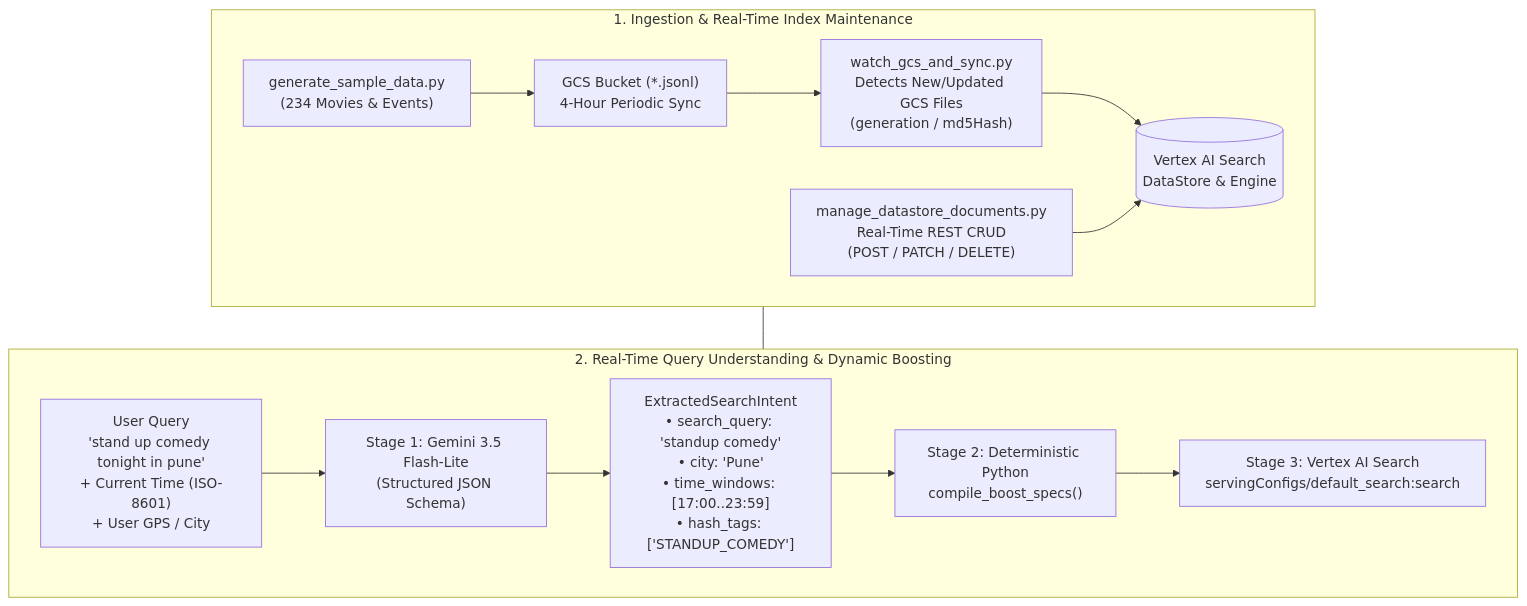
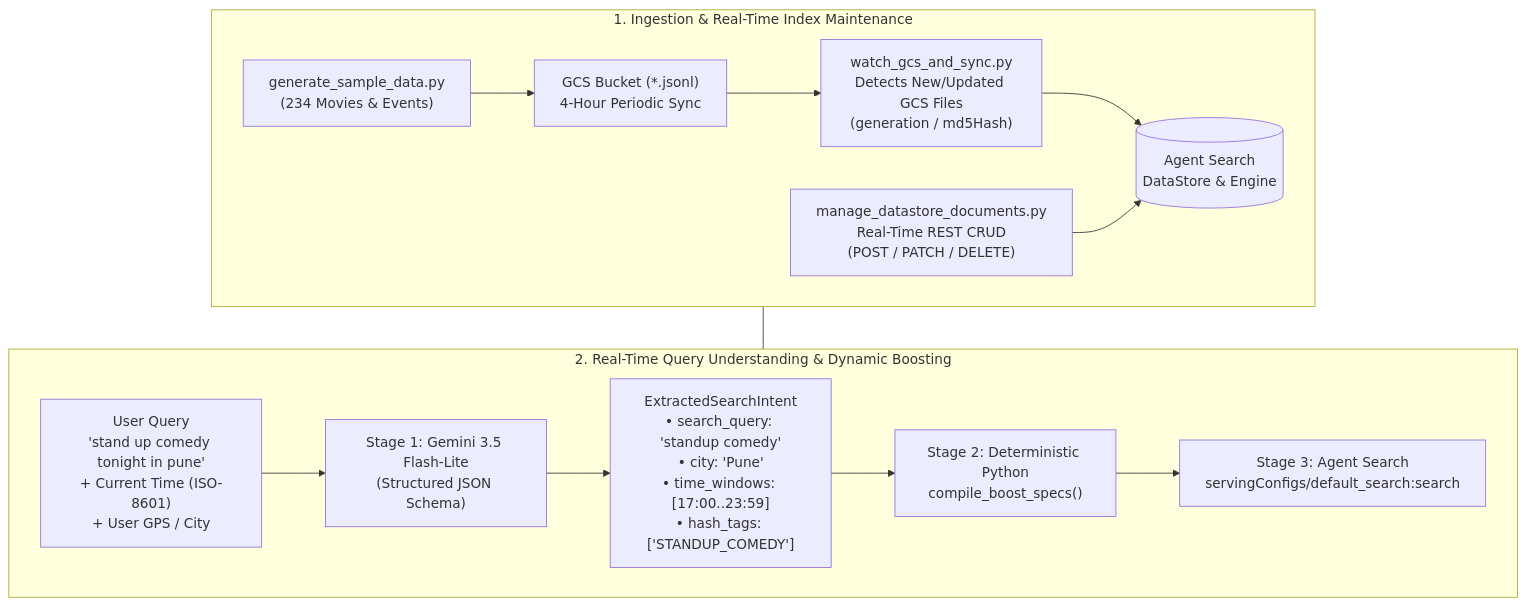
Before and after one commit to aksstar/Agent-Search: the diagram in README.md, drawn with Mermaid. The commit also changed other lines of this file and 8 other files, not shown here.

Commit message:
Rename Vertex AI Search references to Agent Search across docs and scripts

````diff
--- a/README.md
+++ b/README.md
@@ -48,20 +48,20 @@
 ```mermaid
 flowchart TB
     subgraph Ingestion["1. Ingestion & Real-Time Index Maintenance"]
         direction LR
         GEN["generate_sample_data.py\n(234 Movies & Events)"] --> JSONL["GCS Bucket (*.jsonl)\n4-Hour Periodic Sync"]
         JSONL --> WATCH["watch_gcs_and_sync.py\nDetects New/Updated GCS Files\n(generation / md5Hash)"]
-        WATCH --> DS[("Vertex AI Search\nDataStore & Engine")]
+        WATCH --> DS[("Agent Search\nDataStore & Engine")]
         CRUD["manage_datastore_documents.py\nReal-Time REST CRUD\n(POST / PATCH / DELETE)"] --> DS
     end
 
     subgraph QueryPlane["2. Real-Time Query Understanding & Dynamic Boosting"]
         direction LR
         UQ["User Query\n'stand up comedy tonight in pune'\n+ Current Time (ISO-8601)\n+ User GPS / City"] --> LLM["Stage 1: Gemini 3.5 Flash-Lite\n(Structured JSON Schema)"]
         LLM --> INTENT["ExtractedSearchIntent\n• search_query: 'standup comedy'\n• city: 'Pune'\n• time_windows: [17:00..23:59]\n• hash_tags: ['STANDUP_COMEDY']"]
         INTENT --> COMP["Stage 2: Deterministic Python\ncompile_boost_specs()"]
-        COMP --> SEARCH["Stage 3: Vertex AI Search\nservingConfigs/default_search:search"]
+        COMP --> SEARCH["Stage 3: Agent Search\nservingConfigs/default_search:search"]
     end
 
     DS --- SEARCH
 ```
````
